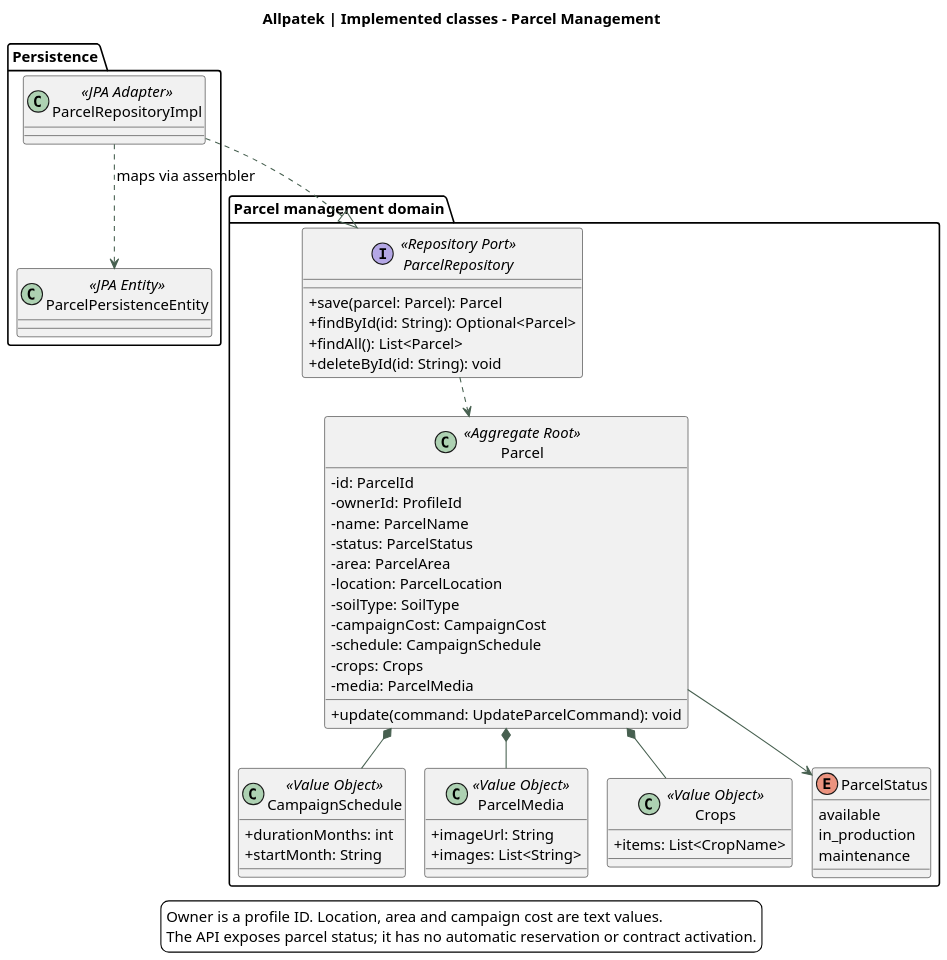
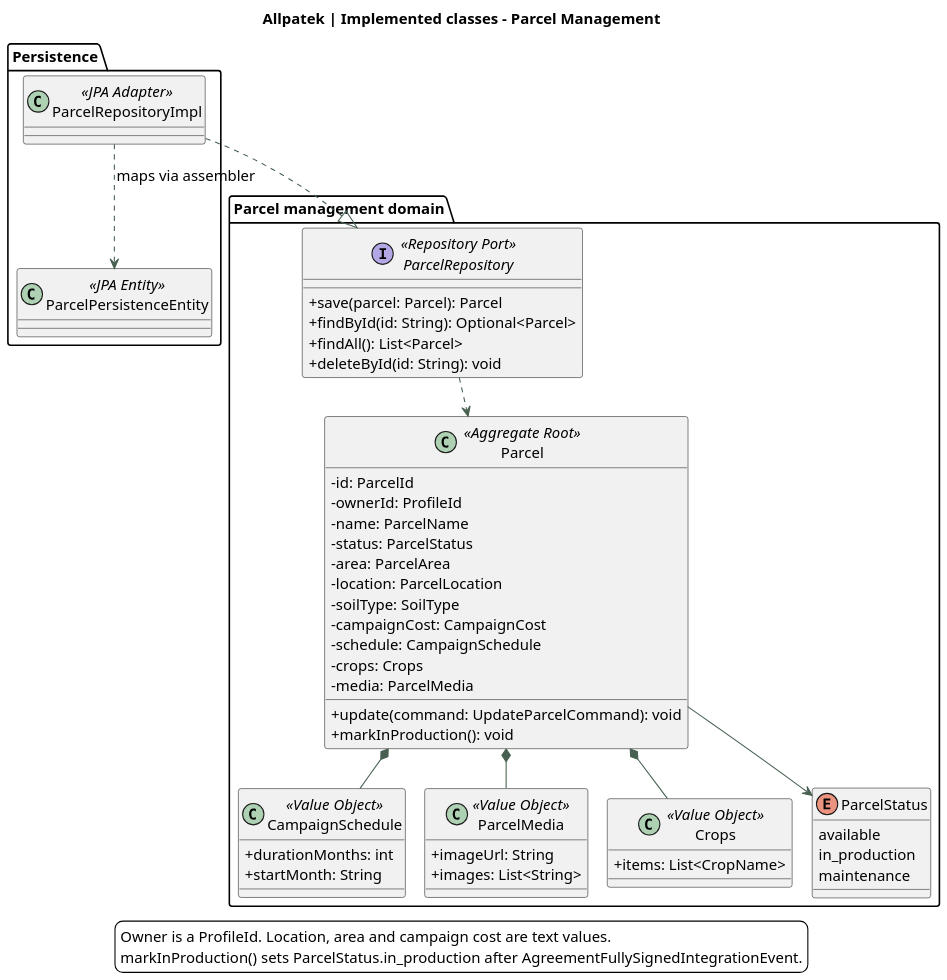
Before and after one commit to upc-pre-202620-1asi0729-7753-Terranova/allpatek-report: the diagram in assets/chapter-04/architecture/09-classes-plots.puml, drawn with PlantUML. The commit also changed 2 other files, not shown here.

Commit message:
docs(architecture): add Parcel.markInProduction to class diagram

```diff
--- a/assets/chapter-04/architecture/09-classes-plots.puml
+++ b/assets/chapter-04/architecture/09-classes-plots.puml
@@ -1,75 +1,76 @@
 @startuml
 !pragma layout smetana
 skinparam backgroundColor white
 skinparam defaultFontName SansSerif
 skinparam defaultFontSize 14
 skinparam shadowing false
 skinparam classAttributeIconSize 0
 skinparam ArrowColor #476050
 skinparam dpi 140
 title Allpatek | Implemented classes - Parcel Management
 top to bottom direction
 
 package "Parcel management domain" {
   class Parcel <<Aggregate Root>> {
     -id: ParcelId
     -ownerId: ProfileId
     -name: ParcelName
     -status: ParcelStatus
     -area: ParcelArea
     -location: ParcelLocation
     -soilType: SoilType
     -campaignCost: CampaignCost
     -schedule: CampaignSchedule
     -crops: Crops
     -media: ParcelMedia
     +update(command: UpdateParcelCommand): void
+    +markInProduction(): void
   }
 
   class CampaignSchedule <<Value Object>> {
     +durationMonths: int
     +startMonth: String
   }
 
   class ParcelMedia <<Value Object>> {
     +imageUrl: String
     +images: List<String>
   }
 
   class Crops <<Value Object>> {
     +items: List<CropName>
   }
 
   enum ParcelStatus {
     available
     in_production
     maintenance
   }
 
   interface ParcelRepository <<Repository Port>> {
     +save(parcel: Parcel): Parcel
     +findById(id: String): Optional<Parcel>
     +findAll(): List<Parcel>
     +deleteById(id: String): void
   }
 
   Parcel *-- CampaignSchedule
   Parcel *-- ParcelMedia
   Parcel *-- Crops
   Parcel --> ParcelStatus
   ParcelRepository ..> Parcel
 }
 
 package "Persistence" {
   class ParcelRepositoryImpl <<JPA Adapter>>
   class ParcelPersistenceEntity <<JPA Entity>>
 
   ParcelRepositoryImpl ..> ParcelPersistenceEntity : maps via assembler
 }
 ParcelRepositoryImpl ..|> ParcelRepository
 
 legend bottom
-Owner is a profile ID. Location, area and campaign cost are text values.
-The API exposes parcel status; it has no automatic reservation or contract activation.
+Owner is a ProfileId. Location, area and campaign cost are text values.
+markInProduction() sets ParcelStatus.in_production after AgreementFullySignedIntegrationEvent.
 endlegend
 @enduml
```
